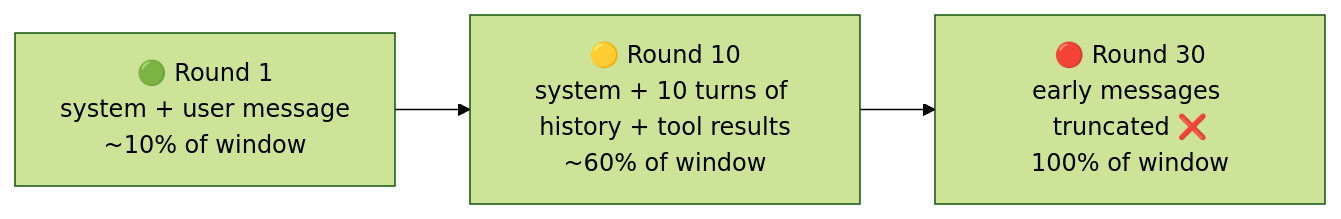
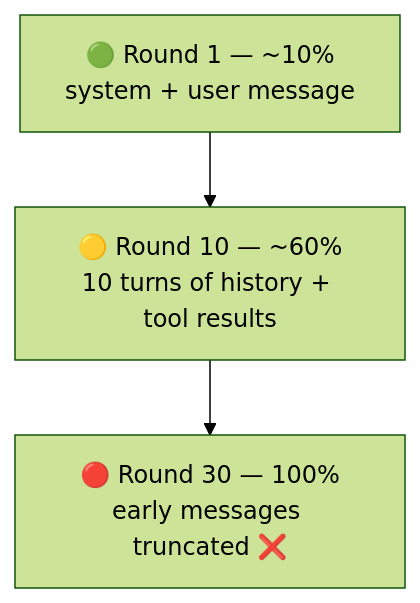
One commit to cuipengfei/adopt-agentic changed the second of 4 diagrams in docs/en/guide/context.md. Above: the diagram before and after it, drawn with Mermaid (forest theme). The commit also changed other lines of this file and 35 other files, not shown here.

````diff
--- a/docs/en/guide/context.md
+++ b/docs/en/guide/context.md
@@ -115,5 +134,5 @@
 ```mermaid
-graph LR
-    A["🟢 Round 1<br/>system + user message<br/>~10% of window"] --> B["🟡 Round 10<br/>system + 10 turns of history + tool results<br/>~60% of window"]
-    B --> C["🔴 Round 30<br/>early messages truncated ❌<br/>100% of window"]
+graph TB
+    A["🟢 Round 1 — ~10%<br/>system + user message"] --> B["🟡 Round 10 — ~60%<br/>10 turns of history + tool results"]
+    B --> C["🔴 Round 30 — 100%<br/>early messages truncated ❌"]
 ```
````
